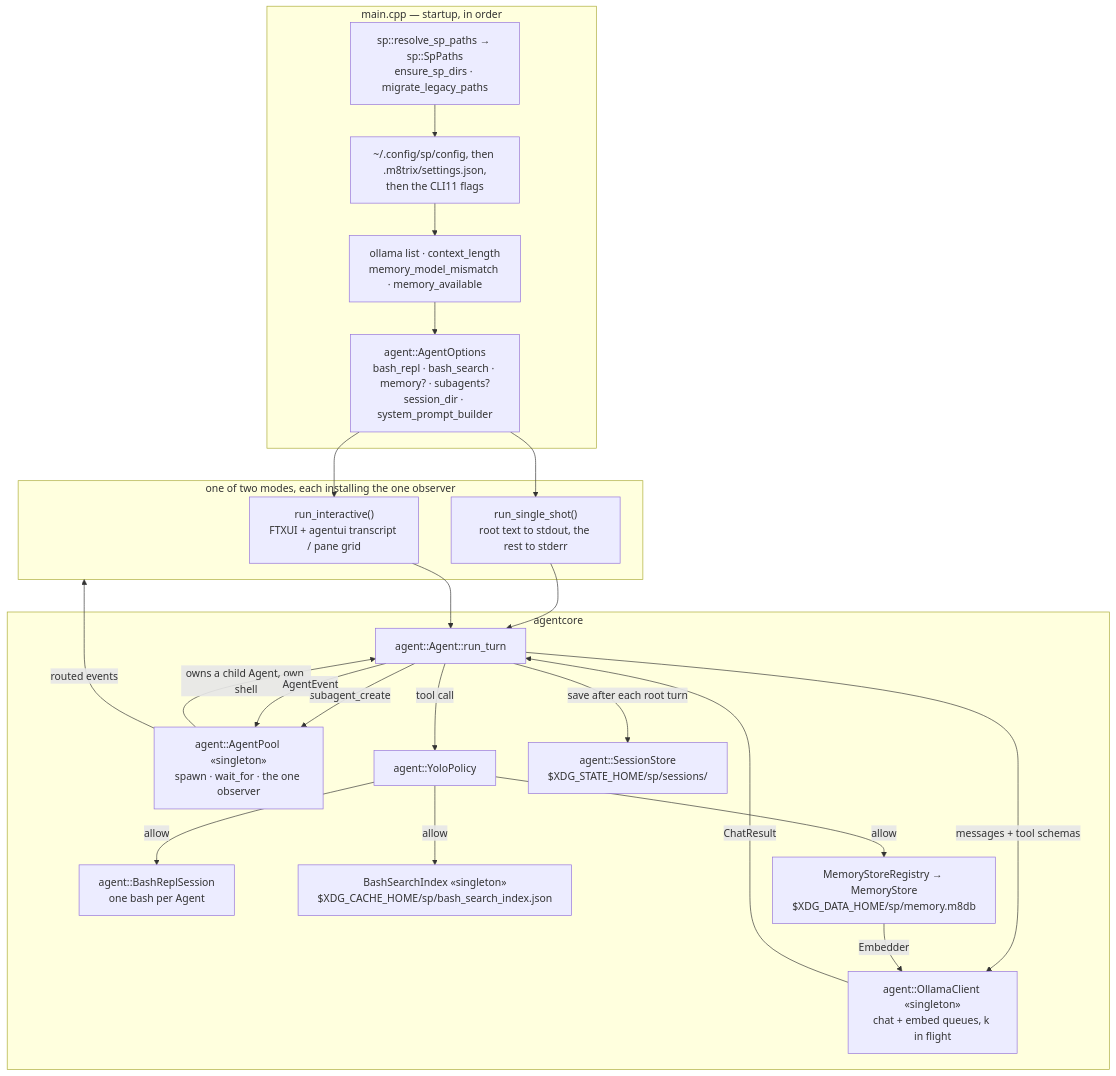
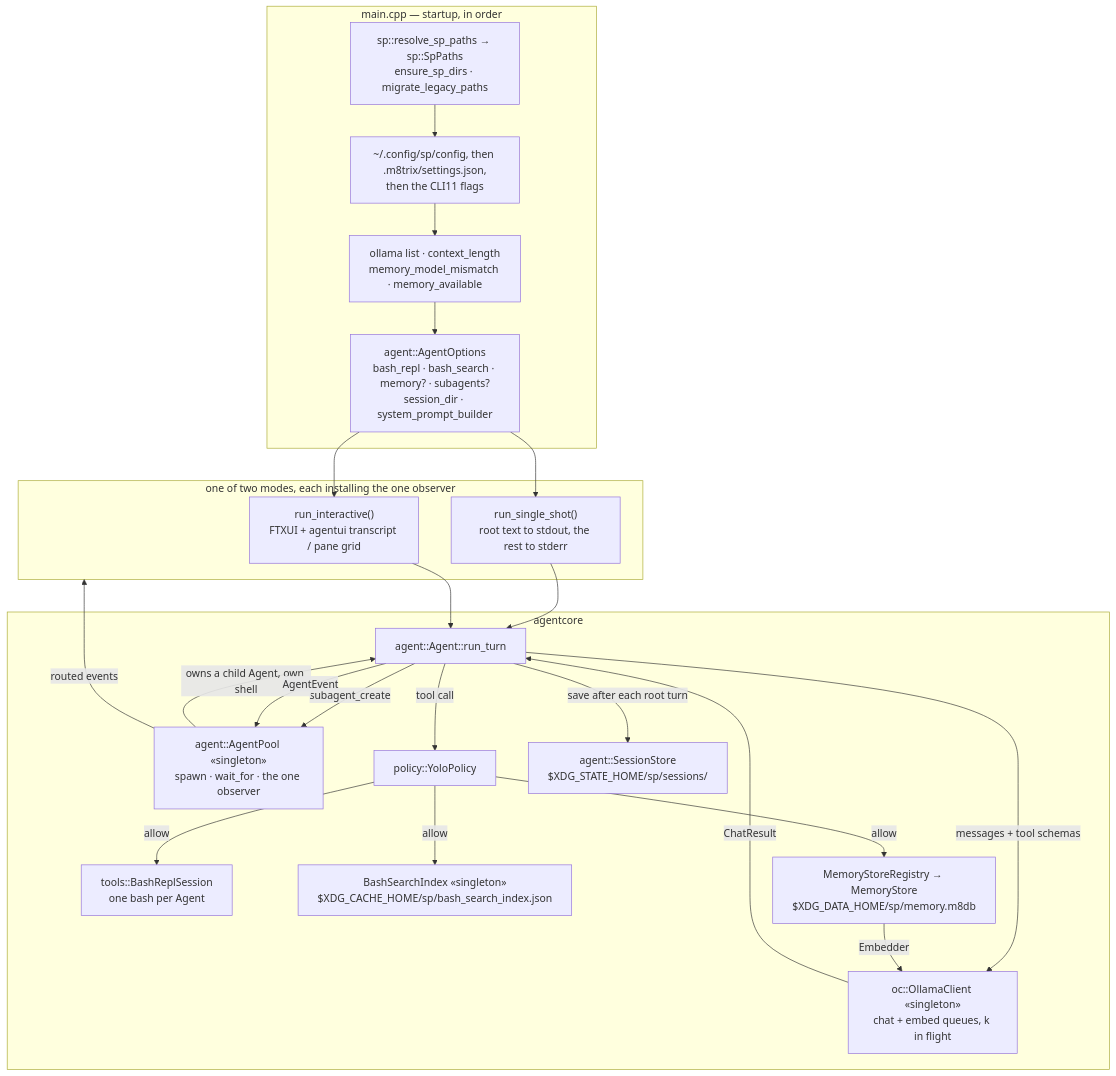
The third of 5 diagrams in README.md (armandli/m8trixparrot), drawn with Mermaid before and after one commit. The commit also changed other lines of this file, not shown here.

````diff
--- a/README.md
+++ b/README.md
@@ -352,45 +378,45 @@
 ```mermaid
 flowchart TD
     subgraph Start["main.cpp — startup, in order"]
         Paths["sp::resolve_sp_paths → sp::SpPaths<br/>ensure_sp_dirs · migrate_legacy_paths"]
         Cfg["~/.config/sp/config, then .m8trix/settings.json,<br/>then the CLI11 flags"]
         Probe["ollama list · context_length<br/>memory_model_mismatch · memory_available"]
         Opts["agent::AgentOptions<br/>bash_repl · bash_search · memory? · subagents?<br/>session_dir · system_prompt_builder"]
     end
 
     subgraph Mode["one of two modes, each installing the one observer"]
         Single["run_single_shot()<br/>root text to stdout, the rest to stderr"]
         Inter["run_interactive()<br/>FTXUI + agentui transcript / pane grid"]
     end
 
     subgraph Core["agentcore"]
         Agent["agent::Agent::run_turn"]
         Pool["agent::AgentPool «singleton»<br/>spawn · wait_for · the one observer"]
-        Ollama["agent::OllamaClient «singleton»<br/>chat + embed queues, k in flight"]
-        Policy["agent::YoloPolicy"]
-        Shell["agent::BashReplSession<br/>one bash per Agent"]
+        Ollama["oc::OllamaClient «singleton»<br/>chat + embed queues, k in flight"]
+        Policy["policy::YoloPolicy"]
+        Shell["tools::BashReplSession<br/>one bash per Agent"]
         Search["BashSearchIndex «singleton»<br/>$XDG_CACHE_HOME/sp/bash_search_index.json"]
         Mem["MemoryStoreRegistry → MemoryStore<br/>$XDG_DATA_HOME/sp/memory.m8db"]
         Store["agent::SessionStore<br/>$XDG_STATE_HOME/sp/sessions/"]
     end
 
     Paths --> Cfg --> Probe --> Opts
     Opts --> Single
     Opts --> Inter
     Single --> Agent
     Inter --> Agent
 
     Agent -- messages + tool schemas --> Ollama
     Ollama -- ChatResult --> Agent
     Agent -- tool call --> Policy
     Policy -- allow --> Shell
     Policy -- allow --> Search
     Policy -- allow --> Mem
     Mem -- Embedder --> Ollama
 
     Agent -- subagent_create --> Pool
     Pool -- owns a child Agent, own shell --> Agent
     Agent -- AgentEvent --> Pool
     Pool -- routed events --> Mode
     Agent -- save after each root turn --> Store
 ```
````
